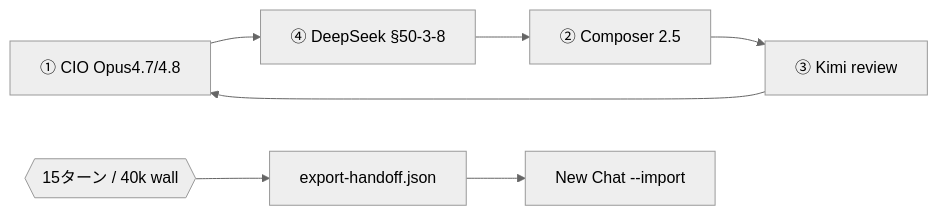
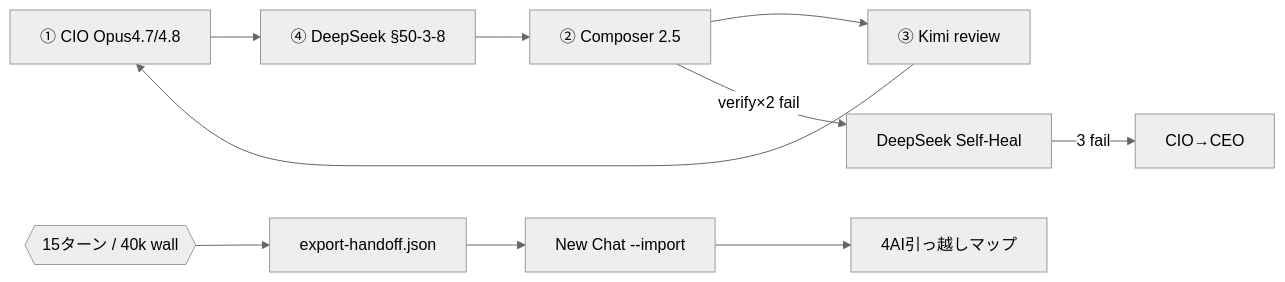
The diagram in .cursor/rules/mode-b-canonical.mdc (mhamad4968/GitHub-Actions), drawn with Mermaid (neutral theme) before and after one commit. The commit also changed other lines of this file and 17 other files, not shown here.

````diff
--- a/.cursor/rules/mode-b-canonical.mdc
+++ b/.cursor/rules/mode-b-canonical.mdc
@@ -27,9 +27,12 @@
 ```mermaid
 flowchart LR
   CIO["① CIO Opus4.7/4.8"] --> DS["④ DeepSeek §50-3-8"]
   DS --> CMP["② Composer 2.5"]
   CMP --> KM["③ Kimi review"]
   KM --> CIO
   WALL{{"15ターン / 40k wall"}} --> EXP["export-handoff.json"]
   EXP --> NC["New Chat --import"]
+  NC --> MAP["4AI引っ越しマップ"]
+  CMP -->|verify×2 fail| DS2["DeepSeek Self-Heal"]
+  DS2 -->|3 fail| CIO2["CIO→CEO"]
 ```
````
